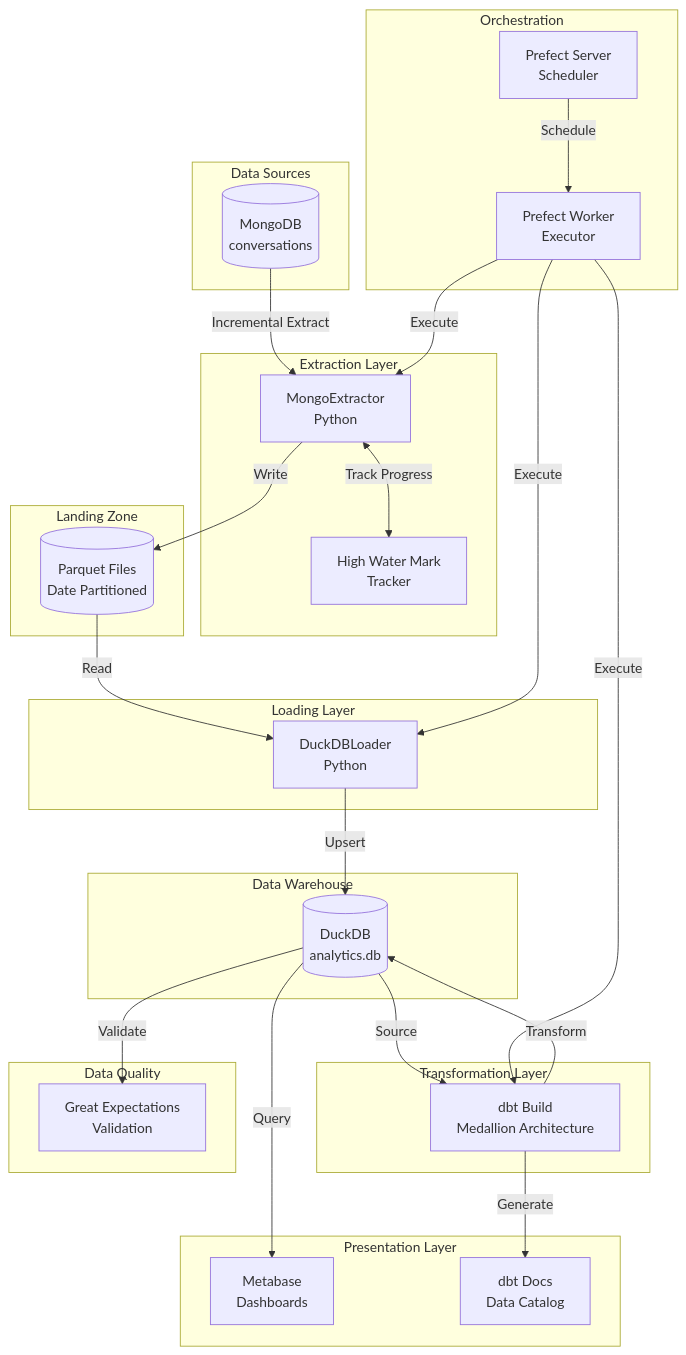
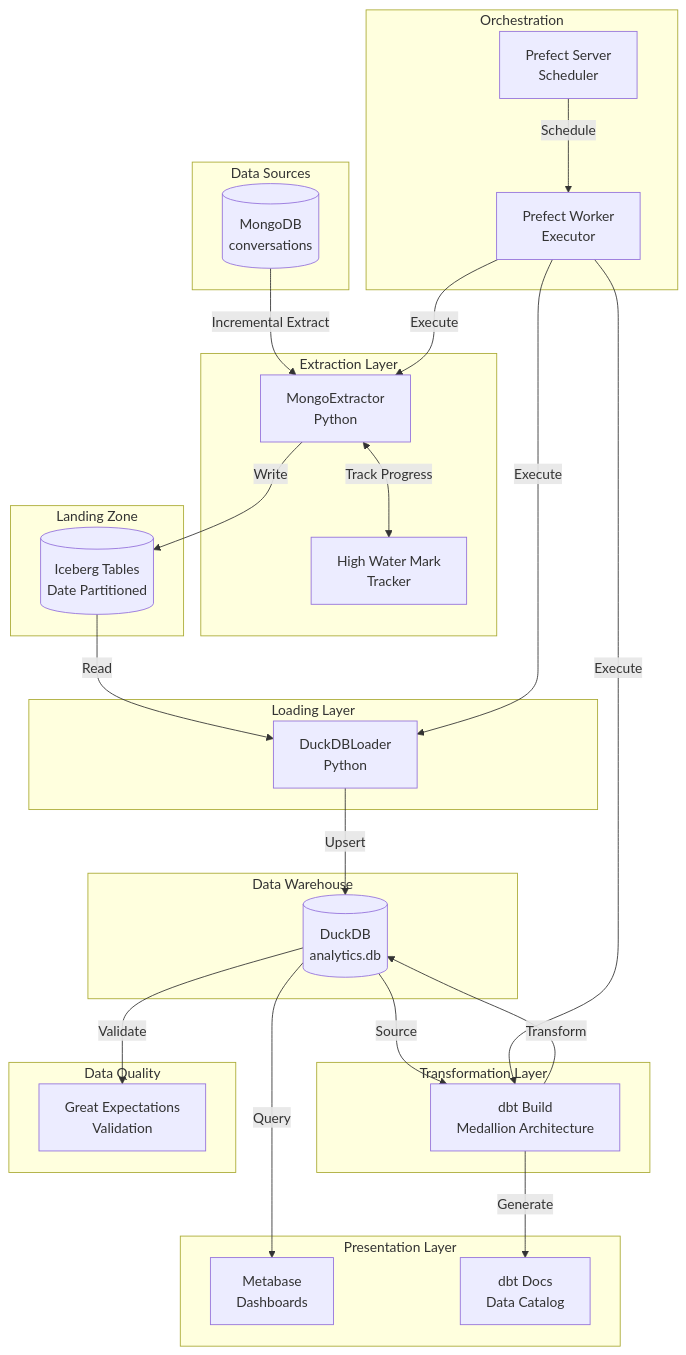
One commit to farshad-akbari-hb/claude-code-conversation-analytics changed the first of 16 diagrams in analytics/ARCHITECTURE.md. Above: the diagram before and after it, drawn with Mermaid. The commit also changed other lines of this file and 9 other files, not shown here.

````diff
--- a/analytics/ARCHITECTURE.md
+++ b/analytics/ARCHITECTURE.md
@@ -69,57 +69,57 @@
 ```mermaid
 flowchart TB
     subgraph Sources["Data Sources"]
         MONGO[(MongoDB<br/>conversations)]
     end
 
     subgraph Extraction["Extraction Layer"]
         EXT[MongoExtractor<br/>Python]
         HWM[High Water Mark<br/>Tracker]
     end
 
     subgraph Storage["Landing Zone"]
-        PARQUET[("Parquet Files<br/>Date Partitioned")]
+        ICEBERG[("Iceberg Tables<br/>Date Partitioned")]
     end
 
     subgraph Loading["Loading Layer"]
         LOADER[DuckDBLoader<br/>Python]
     end
 
     subgraph Warehouse["Data Warehouse"]
         DUCK[(DuckDB<br/>analytics.db)]
     end
 
     subgraph Transform["Transformation Layer"]
         DBT[dbt Build<br/>Medallion Architecture]
     end
 
     subgraph Quality["Data Quality"]
         GE[Great Expectations<br/>Validation]
     end
 
     subgraph Presentation["Presentation Layer"]
         META[Metabase<br/>Dashboards]
         DOCS[dbt Docs<br/>Data Catalog]
     end
 
     subgraph Orchestration["Orchestration"]
         PREFECT[Prefect Server<br/>Scheduler]
         WORKER[Prefect Worker<br/>Executor]
     end
 
     MONGO -->|Incremental Extract| EXT
     EXT <-->|Track Progress| HWM
-    EXT -->|Write| PARQUET
-    PARQUET -->|Read| LOADER
+    EXT -->|Write| ICEBERG
+    ICEBERG -->|Read| LOADER
     LOADER -->|Upsert| DUCK
     DUCK -->|Source| DBT
     DBT -->|Transform| DUCK
     DUCK -->|Validate| GE
     DUCK -->|Query| META
     DBT -->|Generate| DOCS
 
     PREFECT -->|Schedule| WORKER
     WORKER -->|Execute| EXT
     WORKER -->|Execute| LOADER
     WORKER -->|Execute| DBT
 ```
````
